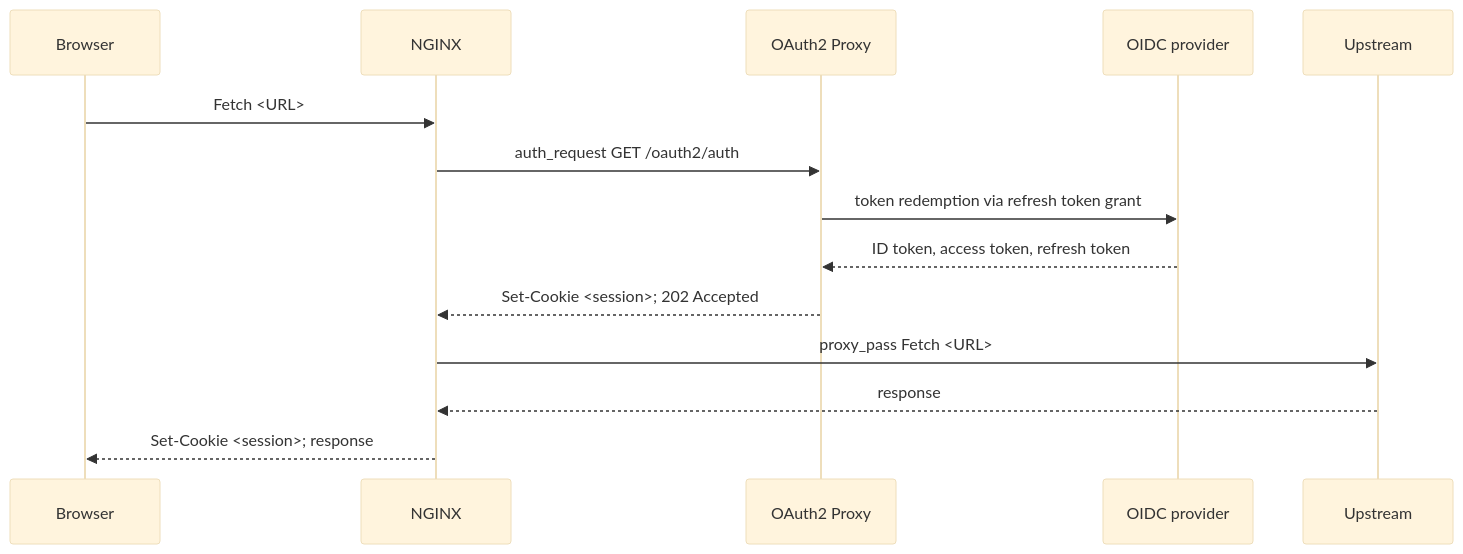
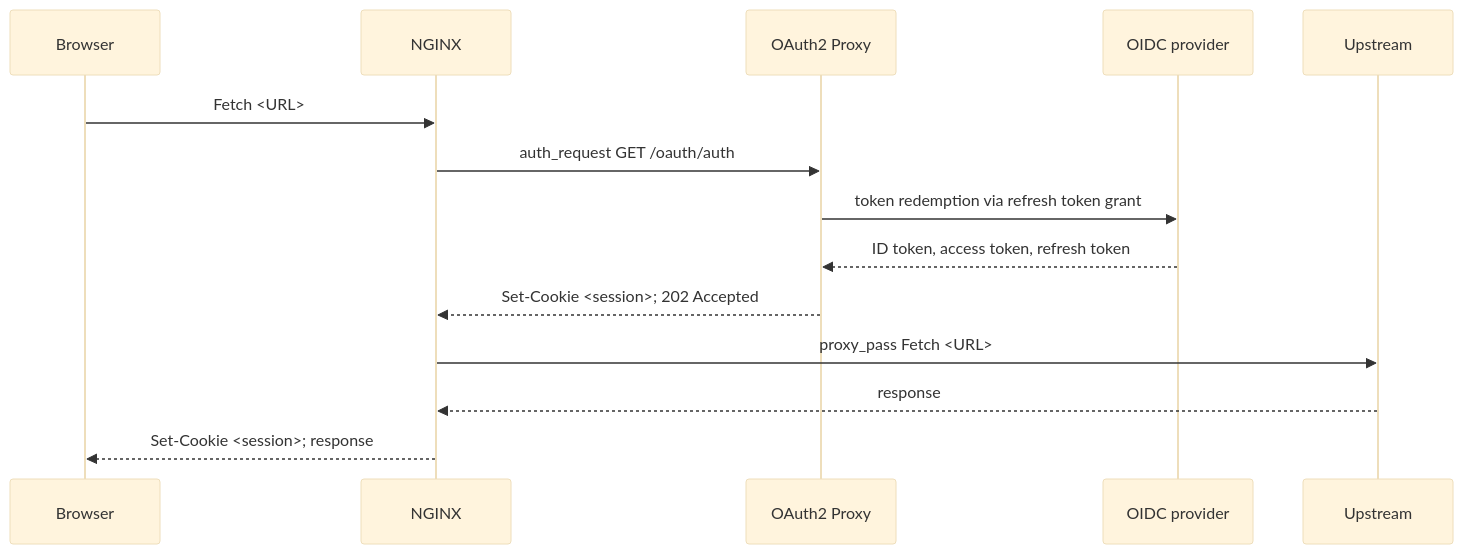
One commit to blakearoberts/visage changed the second of 6 diagrams in docs/session-lifecycle.md. Above: the diagram before and after it, drawn with Mermaid (base theme). The commit also changed other lines of this file and 14 other files, not shown here.

Commit message:
Use /oauth as the OAuth2 Proxy endpoint prefix

````diff
--- a/docs/session-lifecycle.md
+++ b/docs/session-lifecycle.md
@@ -39,17 +39,17 @@
 ```mermaid
 sequenceDiagram
   participant Browser
   participant NGINX
   participant Proxy as OAuth2 Proxy
   participant IdP as OIDC provider
   participant Upstream
 
   Browser->>NGINX: Fetch <URL>
-  NGINX->>Proxy: auth_request GET /oauth2/auth
+  NGINX->>Proxy: auth_request GET /oauth/auth
   Proxy->>IdP: token redemption via refresh token grant
   IdP-->>Proxy: ID token, access token, refresh token
   Proxy-->>NGINX: Set-Cookie <session>#59; 202 Accepted
   NGINX->>Upstream: proxy_pass Fetch <URL>
   Upstream-->>NGINX: response
   NGINX-->>Browser: Set-Cookie <session>#59; response
 ```
````
